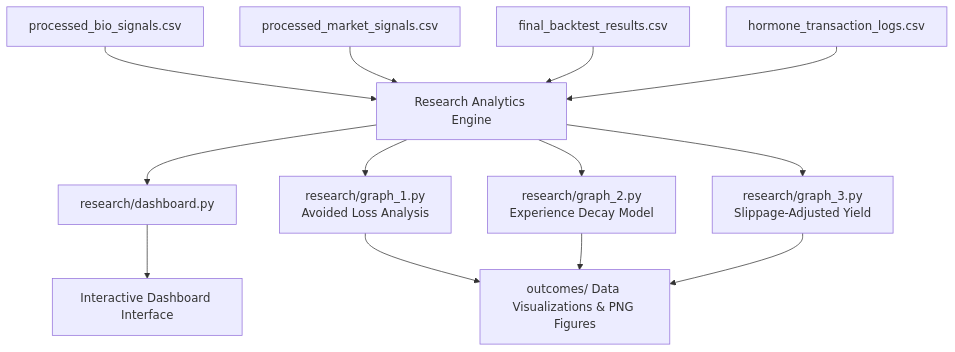
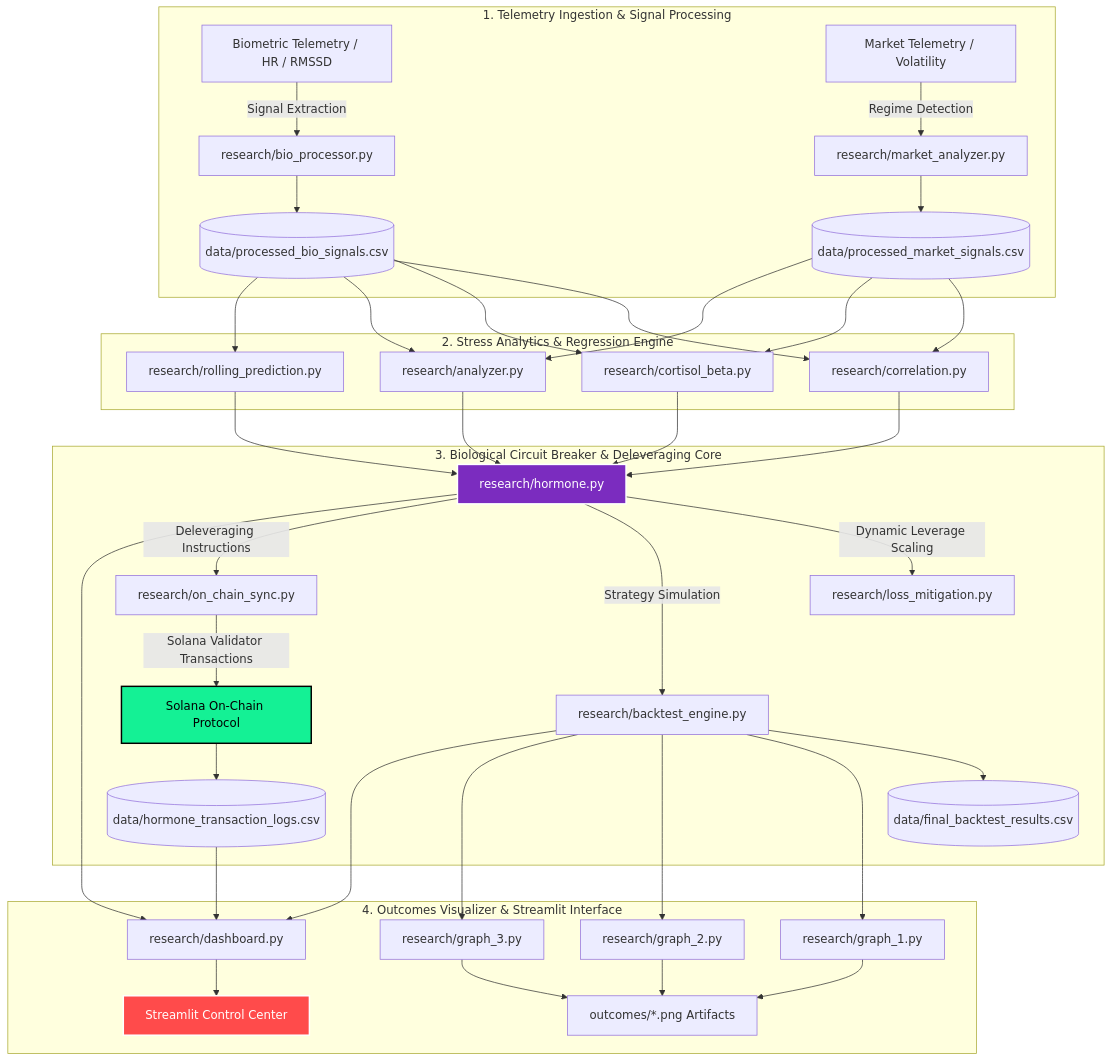
Before and after one commit to pikum06/hormone-responsive-smart-portfolio: the diagram in README.md, drawn with Mermaid. The commit also changed other lines of this file, not shown here.

````diff
--- a/README.md
+++ b/README.md
@@ -43,20 +57,40 @@
 ```mermaid
 graph TD
-    %% Input Data
-    A[processed_bio_signals.csv] --> C[Research Analytics Engine]
-    B[processed_market_signals.csv] --> C
-    D[final_backtest_results.csv] --> C
-    E[hormone_transaction_logs.csv] --> C
+    subgraph Ingestion ["1. Telemetry Ingestion & Signal Processing"]
+        A1[Biometric Telemetry / HR / RMSSD] -->|Signal Extraction| P1[research/bio_processor.py]
+        A2[Market Telemetry / Volatility] -->|Regime Detection| P2[research/market_analyzer.py]
+        P1 --> D1[(data/processed_bio_signals.csv)]
+        P2 --> D2[(data/processed_market_signals.csv)]
+    end
 
-    %% Script Processing
-    C --> F[research/dashboard.py]
-    C --> G[research/graph_1.py<br/>Avoided Loss Analysis]
-    C --> H[research/graph_2.py<br/>Experience Decay Model]
-    C --> I[research/graph_3.py<br/>Slippage-Adjusted Yield]
+    subgraph Quantitative ["2. Stress Analytics & Regression Engine"]
+        D1 & D2 --> C1[research/correlation.py]
+        D1 & D2 --> C2[research/cortisol_beta.py]
+        D1 & D2 --> C3[research/analyzer.py]
+        D1 --> C4[research/rolling_prediction.py]
+    end
 
-    %% Outputs
-    F --> J[Interactive Dashboard Interface]
-    G --> K[outcomes/ Data Visualizations & PNG Figures]
-    H --> K
-    I --> K
+    subgraph CircuitBreaker ["3. Biological Circuit Breaker & Deleveraging Core"]
+        C1 & C2 & C3 & C4 --> H1[research/hormone.py]
+        H1 -->|Dynamic Leverage Scaling| L1[research/loss_mitigation.py]
+        H1 -->|Strategy Simulation| B1[research/backtest_engine.py]
+        B1 --> D3[(data/final_backtest_results.csv)]
+        H1 -->|Deleveraging Instructions| O1[research/on_chain_sync.py]
+        O1 -->|Solana Validator Transactions| S1[Solana On-Chain Protocol]
+        S1 --> D4[(data/hormone_transaction_logs.csv)]
+    end
+
+    subgraph Presentation ["4. Outcomes Visualizer & Streamlit Interface"]
+        B1 --> G1[research/graph_1.py]
+        B1 --> G2[research/graph_2.py]
+        B1 --> G3[research/graph_3.py]
+        G1 & G2 & G3 --> OUT[outcomes/*.png Artifacts]
+        
+        H1 & B1 & D4 --> DB[research/dashboard.py]
+        DB --> UI[Streamlit Control Center]
+    end
+
+    style H1 fill:#7b2cbf,stroke:#fff,stroke-width:2px,color:#fff
+    style S1 fill:#14f195,stroke:#000,stroke-width:2px,color:#000
+    style UI fill:#ff4b4b,stroke:#fff,stroke-width:2px,color:#fff
 ```
````
